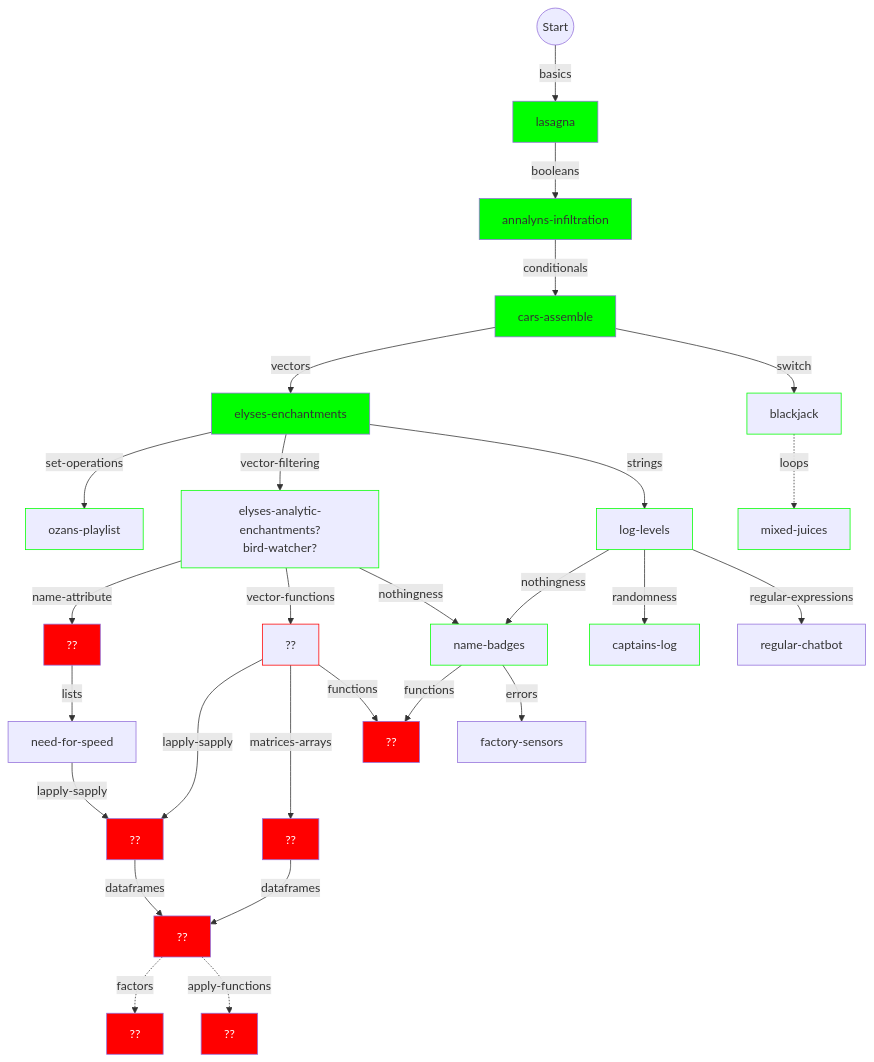
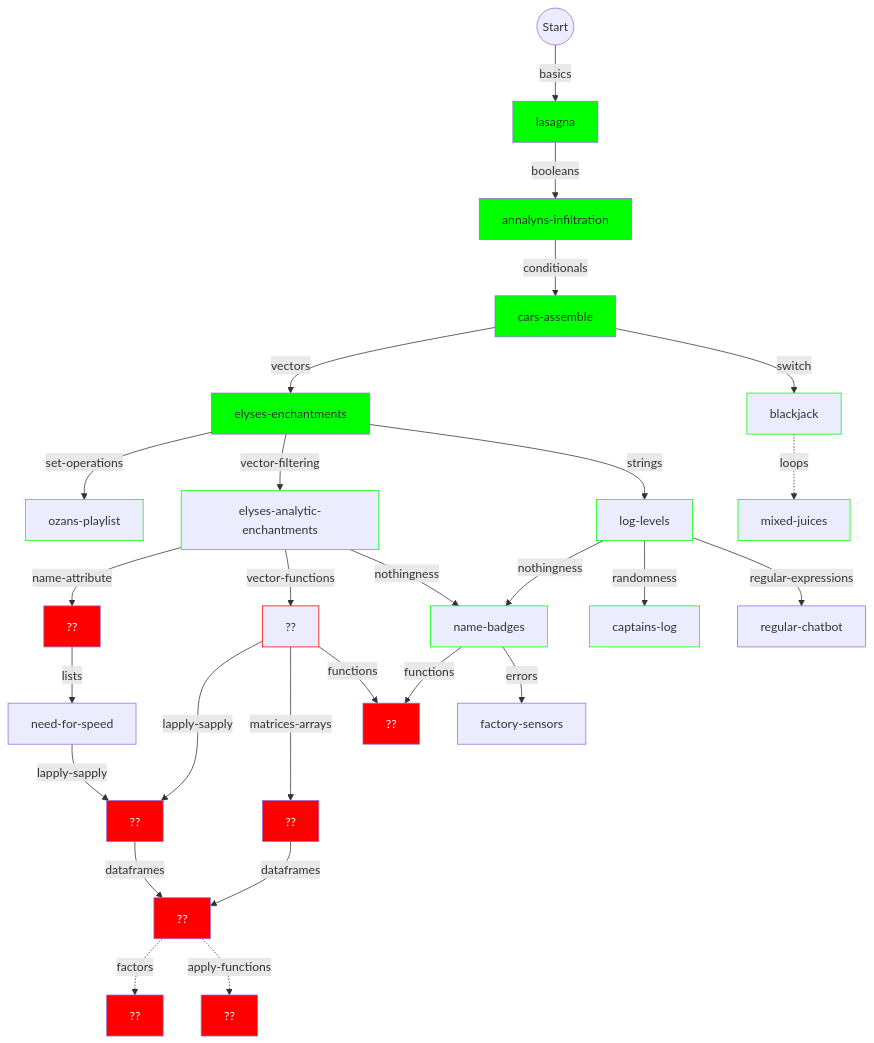
The first of 2 diagrams in r/flowchart.md (colinleach/learning-track-doodles), drawn with Mermaid before and after one commit. The commit also changed 11 other files, not shown here.

````diff
--- a/r/flowchart.md
+++ b/r/flowchart.md
@@ -13,74 +13,74 @@
 ```mermaid
 graph TD
     
 start(("Start")) --basics--> basics["lasagna"]
 style basics fill:#0f0
 
 basics --booleans--> booleans["annalyns-infiltration"]
 style booleans fill:#0f0
 
 booleans --conditionals--> conditionals["cars-assemble"]
 style conditionals fill:#0f0
 
 conditionals --vectors--> vectors["elyses-enchantments"]
 style vectors fill:#0f0
 
 switch -.loops.-> loops["mixed-juices"]
 style loops stroke:#0f0
 
 conditionals --switch--> switch["blackjack"]
 style switch stroke:#0f0
 
 vectors --set-operations--> set-operations["ozans-playlist"]
 style set-operations stroke:#0f0
 
 name-attribute --lists--> lists["need-for-speed"]
 
-vectors --vector-filtering--> vector-filtering["elyses-analytic-enchantments?<br/>bird-watcher?"]
+vectors --vector-filtering--> vector-filtering["elyses-analytic-enchantments"]
 style vector-filtering stroke:#0f0
 
 vector-filtering --name-attribute--> name-attribute["??"]
 style name-attribute fill:#f00,color:#fff
 
 vector-filtering --vector-functions--> vector-functions["??"]
 style vector-functions stroke:#f00
 
 vector-filtering --nothingness--> nothingness["name-badges"]
 style vector-filtering stroke:#0f0
 
 vectors --strings--> strings["log-levels"]
 style strings stroke:#0f0
 
 strings --nothingness--> nothingness["name-badges"]
 style nothingness stroke:#0f0
 
 strings --randomness--> randomness["captains-log"]
 style randomness stroke:#0f0
 
 strings --regular-expressions--> regular-expressions["regular-chatbot"]
 
 lists --lapply-sapply--> lapply-sapply["??"]
 vector-functions --lapply-sapply--> lapply-sapply["??"]
 style lapply-sapply fill:#f00,color:#fff
 
 vector-functions --matrices-arrays--> matrices-arrays["??"]
 style matrices-arrays fill:#f00,color:#fff
 
 style apply-functions fill:#f00,color:#fff
 
 lapply-sapply --dataframes--> dataframes["??"]
 style dataframes fill:#f00,color:#fff
 
 matrices-arrays --dataframes--> dataframes
 dataframes -.factors.-> factors["??"]
 style factors fill:#f00,color:#fff
 
 dataframes -.apply-functions.-> apply-functions["??"]
 
 vector-functions --functions--> functions["??"]
 nothingness --functions--> functions["??"]
 style functions fill:#f00,color:#fff
 
 nothingness --errors--> errors["factory-sensors "]
 
 ```
````
